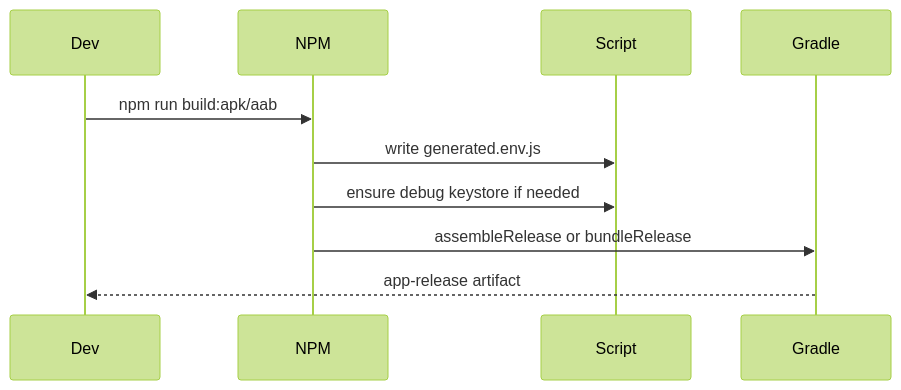
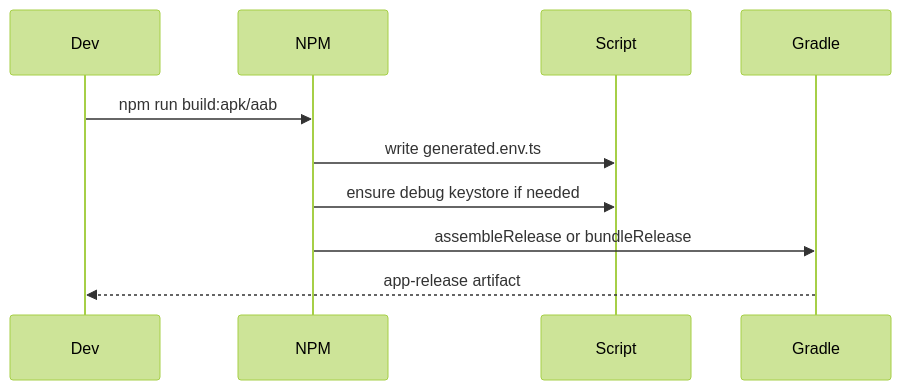
Before and after one commit to CarlosPolo019/credit-mobile: the diagram in knowledge/android/current-android-build-and-signing-flow.md, drawn with Mermaid (forest theme). The commit also changed other lines of this file and 80 other files, not shown here.

````diff
--- a/knowledge/android/current-android-build-and-signing-flow.md
+++ b/knowledge/android/current-android-build-and-signing-flow.md
@@ -17,12 +17,12 @@
 ```mermaid
 sequenceDiagram
   participant Dev
   participant NPM
   participant Script
   participant Gradle
   Dev->>NPM: npm run build:apk/aab
-  NPM->>Script: write generated.env.js
+  NPM->>Script: write generated.env.ts
   NPM->>Script: ensure debug keystore if needed
   NPM->>Gradle: assembleRelease or bundleRelease
   Gradle-->>Dev: app-release artifact
 ```
````
